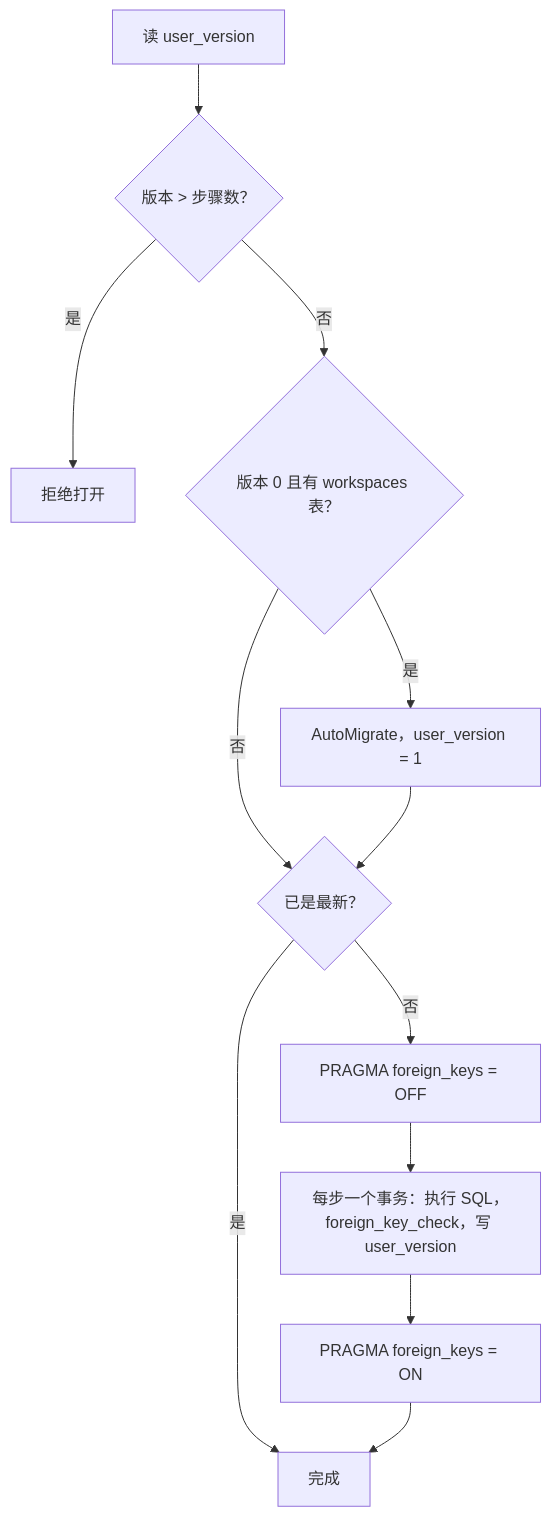
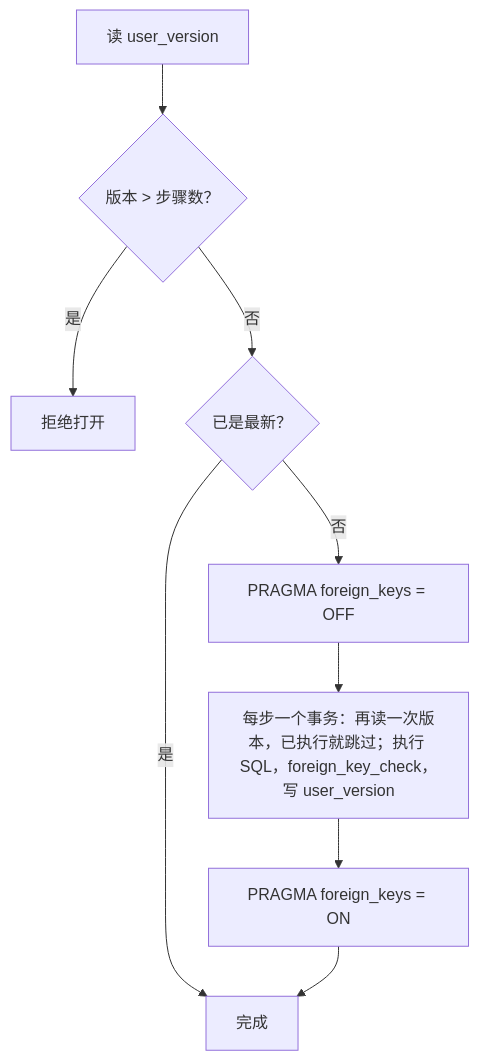
The second of 2 diagrams in docs/zh/engine/persistence.md (0xfakeSpike/ollupi-docs), drawn with Mermaid before and after one commit. The commit also changed other lines of this file and 86 other files, not shown here.

````diff
--- a/docs/zh/engine/persistence.md
+++ b/docs/zh/engine/persistence.md
@@ -427,14 +490,11 @@
 ```mermaid
 flowchart TD
   A["读 user_version"] --> B{"版本 > 步骤数？"}
   B -->|"是"| X["拒绝打开"]
-  B -->|"否"| C{"版本 0 且有 workspaces 表？"}
-  C -->|"是"| D["AutoMigrate，user_version = 1"]
-  C -->|"否"| E{"已是最新？"}
-  D --> E
+  B -->|"否"| E{"已是最新？"}
   E -->|"是"| Z["完成"]
   E -->|"否"| F["PRAGMA foreign_keys = OFF"]
-  F --> G["每步一个事务：执行 SQL，foreign_key_check，写 user_version"]
+  F --> G["每步一个事务：再读一次版本，已执行就跳过；执行 SQL，foreign_key_check，写 user_version"]
   G --> H["PRAGMA foreign_keys = ON"]
   H --> Z
 ```
````
